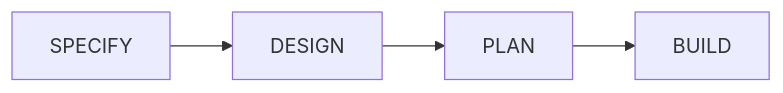
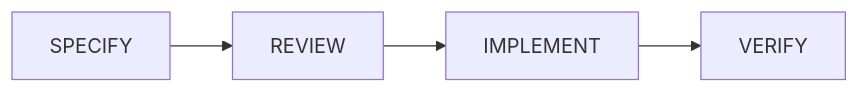
One commit to reflexdemon/tech-talks changed the first of 3 diagrams in presentations/openspec/intro.md. Above: the diagram before and after it, drawn with Mermaid. The commit also changed other lines of this file and 14 other files, not shown here.

````diff
--- a/presentations/openspec/intro.md
+++ b/presentations/openspec/intro.md
@@ -37,4 +47,4 @@
 ```mermaid [fragment fade-in]
-graph LR
-    S[SPECIFY] --> D[DESIGN] --> P[PLAN] --> B[BUILD]
+flowchart LR
+    S[SPECIFY] --> R[REVIEW] --> I[IMPLEMENT] --> V[VERIFY]
 ```
````
